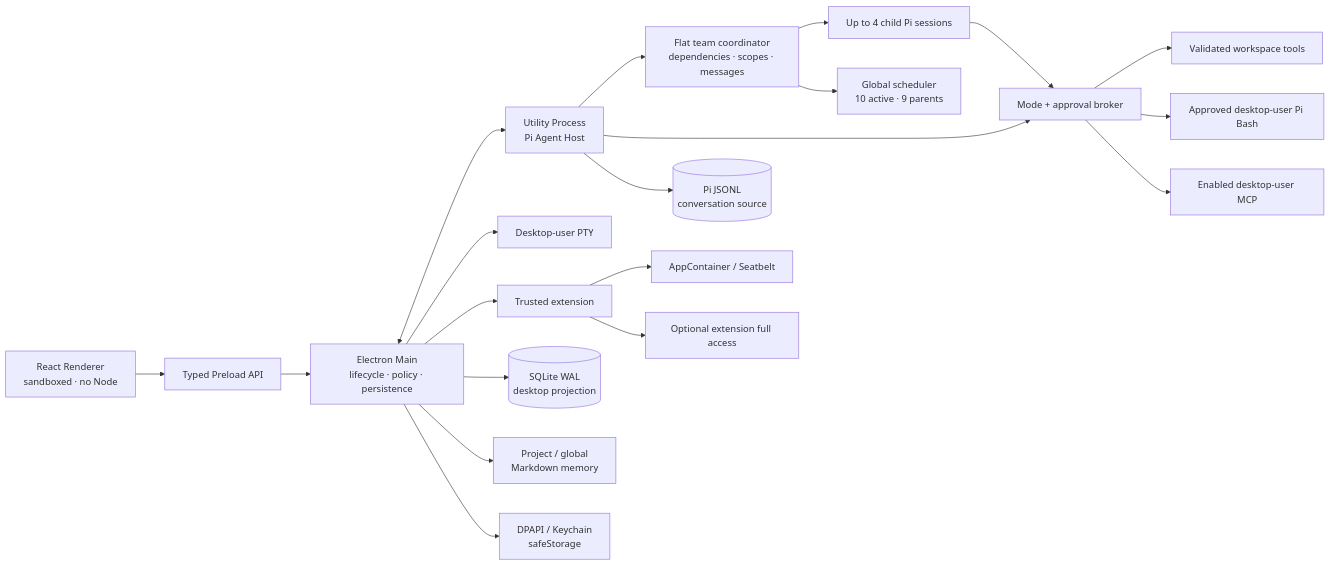
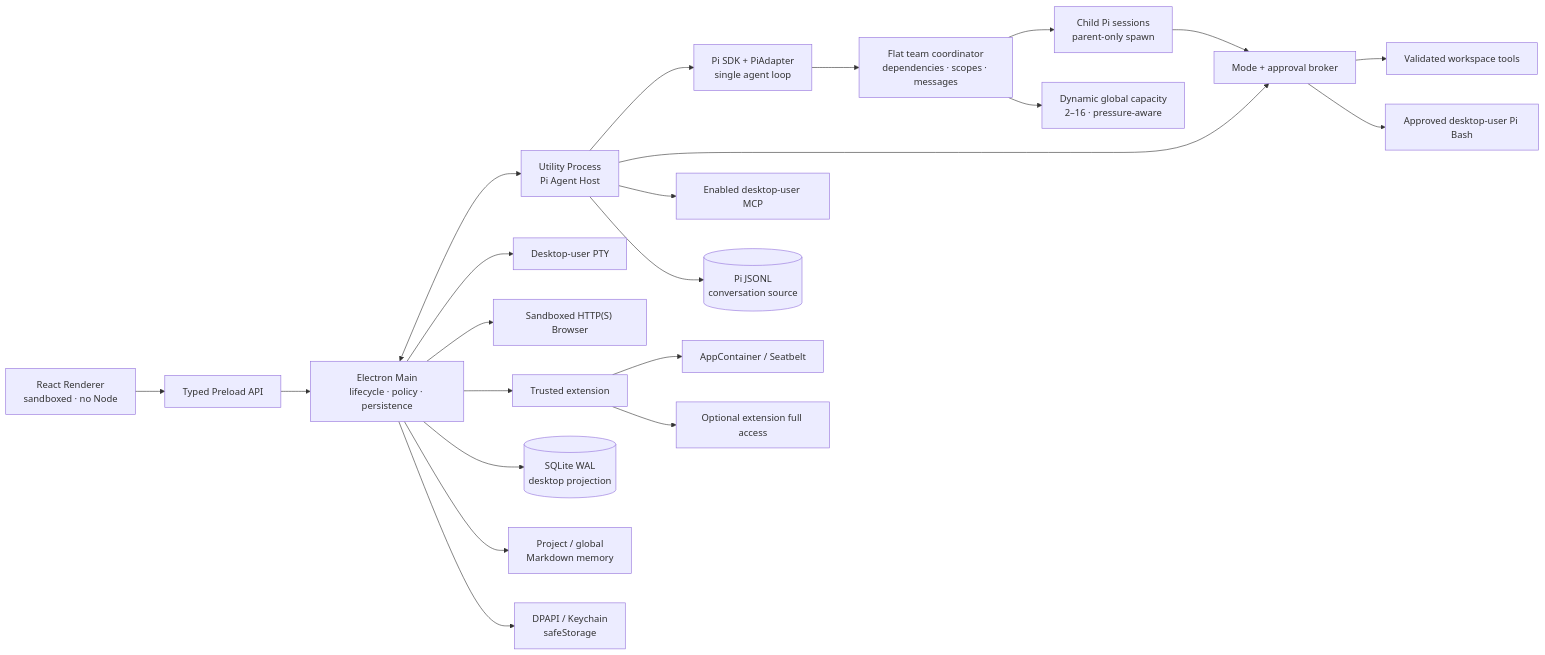
Before and after one commit to EurekaRaider/Artemis: the second of 2 diagrams in README.md, drawn with Mermaid. The commit also changed other lines of this file and 7 other files, not shown here.

Commit message:
Refresh README screenshots and architecture

````diff
--- a/README.md
+++ b/README.md
@@ -829,24 +830,26 @@
 ```mermaid
 flowchart LR
     UI["React Renderer<br/>sandboxed · no Node"] --> Preload["Typed Preload API"]
     Preload --> Main["Electron Main<br/>lifecycle · policy · persistence"]
     Main <--> Agent["Utility Process<br/>Pi Agent Host"]
 
-    Agent --> Team["Flat team coordinator<br/>dependencies · scopes · messages"]
-    Team --> Children["Up to 4 child Pi sessions"]
-    Team --> Scheduler["Global scheduler<br/>10 active · 9 parents"]
+    Agent --> Pi["Pi SDK + PiAdapter<br/>single agent loop"]
+    Pi --> Team["Flat team coordinator<br/>dependencies · scopes · messages"]
+    Team --> Children["Child Pi sessions<br/>parent-only spawn"]
+    Team --> Capacity["Dynamic global capacity<br/>2–16 · pressure-aware"]
     Agent --> Gate["Mode + approval broker"]
     Children --> Gate
     Gate --> Workspace["Validated workspace tools"]
     Gate --> UserExec["Approved desktop-user Pi Bash"]
-    Gate --> MCP["Enabled desktop-user MCP"]
+    Agent --> MCP["Enabled desktop-user MCP"]
     Main --> Terminal["Desktop-user PTY"]
+    Main --> Browser["Sandboxed HTTP(S) Browser"]
     Main --> Extension["Trusted extension"]
     Extension --> Native["AppContainer / Seatbelt"]
     Extension --> FullAccess["Optional extension full access"]
 
     Main --> SQLite[("SQLite WAL<br/>desktop projection")]
     Agent --> JSONL[("Pi JSONL<br/>conversation source")]
     Main --> Memory["Project / global<br/>Markdown memory"]
     Main --> Secrets["DPAPI / Keychain<br/>safeStorage"]
 ```
````
